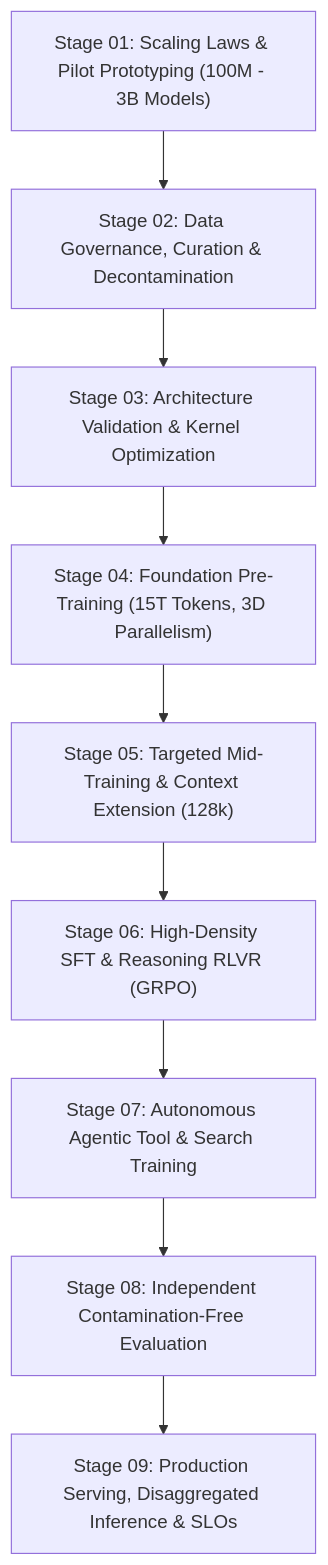
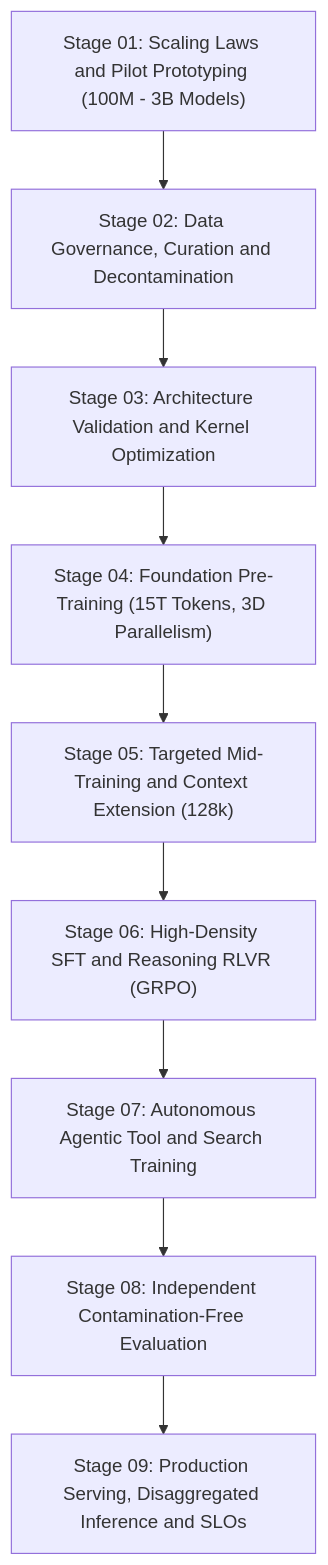
The first of 2 diagrams in RESEARCH_REPORT_FRONTIER_LLM_FROM_SCRATCH.md (Ashutosh0x/frontier-llm-from-scratch), drawn with Mermaid before and after one commit. The commit also changed other lines of this file and 1 other file, not shown here.

Commit message:
style: remove emojis and badge icons, fix mermaid architecture diagram syntax for GitHub rendering

````diff
--- a/RESEARCH_REPORT_FRONTIER_LLM_FROM_SCRATCH.md
+++ b/RESEARCH_REPORT_FRONTIER_LLM_FROM_SCRATCH.md
@@ -161,11 +161,21 @@
 ```mermaid
 flowchart TD
-    S01["Stage 01: Scaling Laws & Pilot Prototyping (100M - 3B Models)"] --> S02["Stage 02: Data Governance, Curation & Decontamination"]
-    S02 --> S03["Stage 03: Architecture Validation & Kernel Optimization"]
-    S03 --> S04["Stage 04: Foundation Pre-Training (15T Tokens, 3D Parallelism)"]
-    S04 --> S05["Stage 05: Targeted Mid-Training & Context Extension (128k)"]
-    S05 --> S06["Stage 06: High-Density SFT & Reasoning RLVR (GRPO)"]
-    S06 --> S07["Stage 07: Autonomous Agentic Tool & Search Training"]
-    S07 --> S08["Stage 08: Independent Contamination-Free Evaluation"]
-    S08 --> S09["Stage 09: Production Serving, Disaggregated Inference & SLOs"]
+    S01["Stage 01: Scaling Laws and Pilot Prototyping (100M - 3B Models)"]
+    S02["Stage 02: Data Governance, Curation and Decontamination"]
+    S03["Stage 03: Architecture Validation and Kernel Optimization"]
+    S04["Stage 04: Foundation Pre-Training (15T Tokens, 3D Parallelism)"]
+    S05["Stage 05: Targeted Mid-Training and Context Extension (128k)"]
+    S06["Stage 06: High-Density SFT and Reasoning RLVR (GRPO)"]
+    S07["Stage 07: Autonomous Agentic Tool and Search Training"]
+    S08["Stage 08: Independent Contamination-Free Evaluation"]
+    S09["Stage 09: Production Serving, Disaggregated Inference and SLOs"]
+
+    S01 --> S02
+    S02 --> S03
+    S03 --> S04
+    S04 --> S05
+    S05 --> S06
+    S06 --> S07
+    S07 --> S08
+    S08 --> S09
 ```
````
